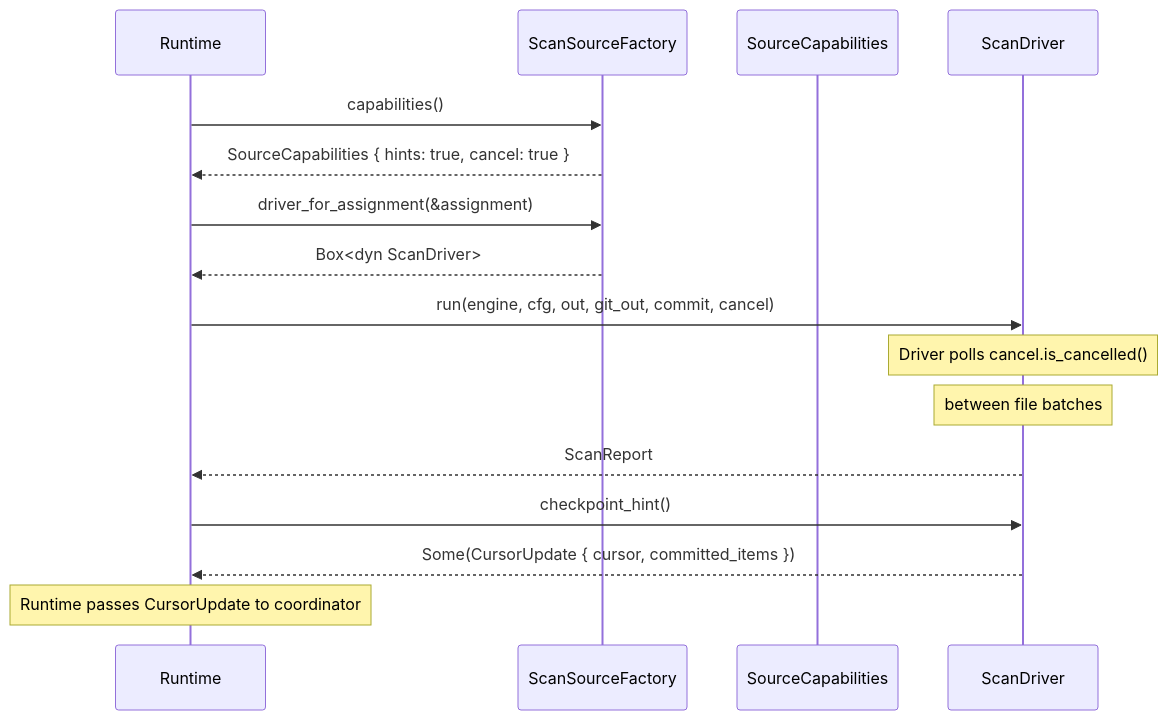
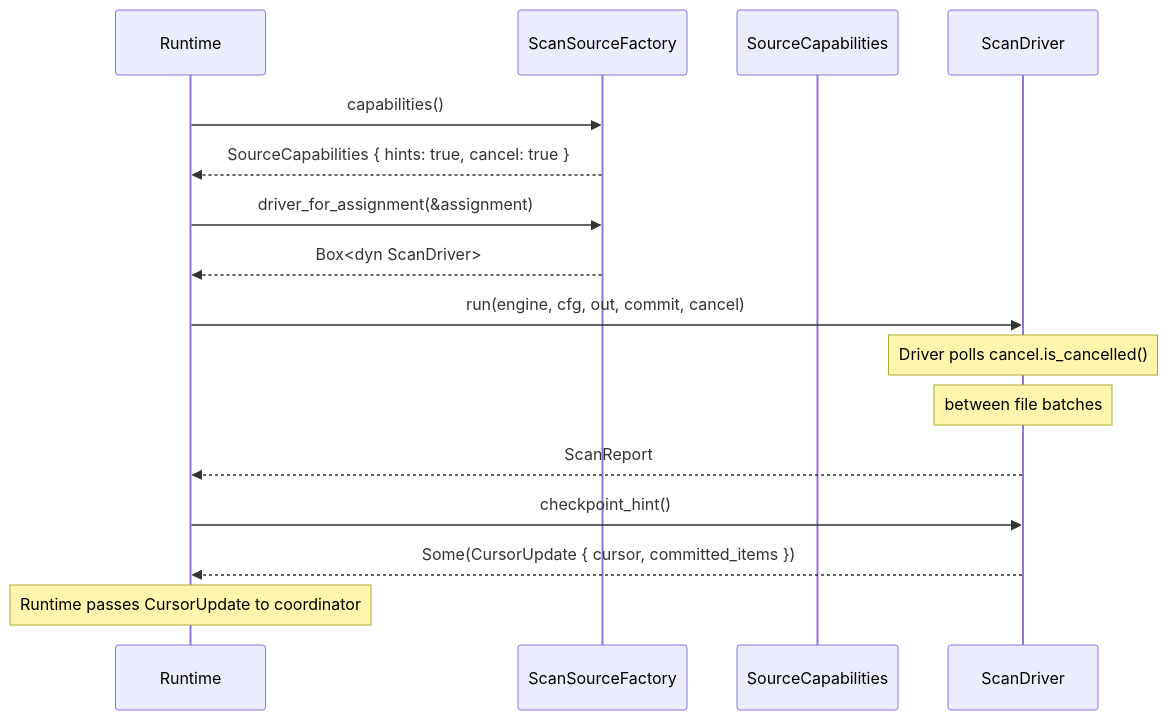
The diagram in 11-scan-driver-and-pipeline/03-driver-and-factory-traits.md (ahrav/gossip-rs-learning-guide), drawn with Mermaid before and after one commit. The commit also changed other lines of this file and 25 other files, not shown here.

````diff
--- a/11-scan-driver-and-pipeline/03-driver-and-factory-traits.md
+++ b/11-scan-driver-and-pipeline/03-driver-and-factory-traits.md
@@ -155,19 +152,19 @@
 ```mermaid
 sequenceDiagram
     participant R as Runtime
     participant F as ScanSourceFactory
     participant C as SourceCapabilities
     participant D as ScanDriver
 
     R->>F: capabilities()
     F-->>R: SourceCapabilities { hints: true, cancel: true }
     R->>F: driver_for_assignment(&assignment)
     F-->>R: Box<dyn ScanDriver>
-    R->>D: run(engine, cfg, out, git_out, commit, cancel)
+    R->>D: run(engine, cfg, out, commit, cancel)
     Note over D: Driver polls cancel.is_cancelled()
     Note over D: between file batches
     D-->>R: ScanReport
     R->>D: checkpoint_hint()
     D-->>R: Some(CursorUpdate { cursor, committed_items })
     Note over R: Runtime passes CursorUpdate to coordinator
 ```
````
